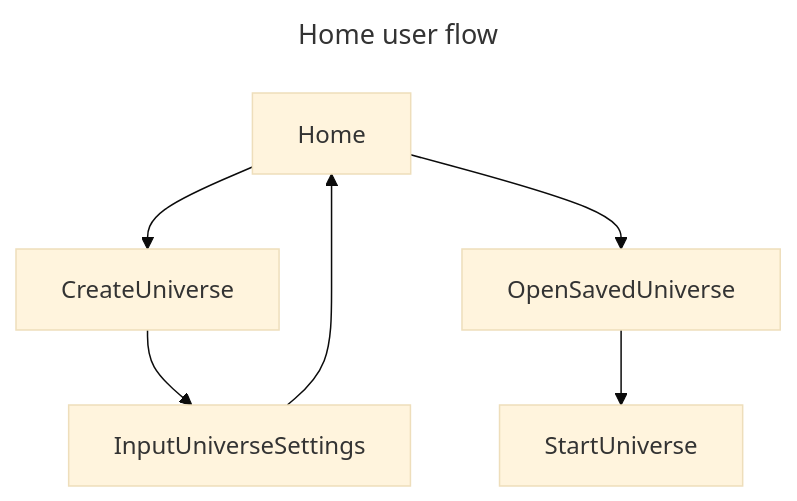
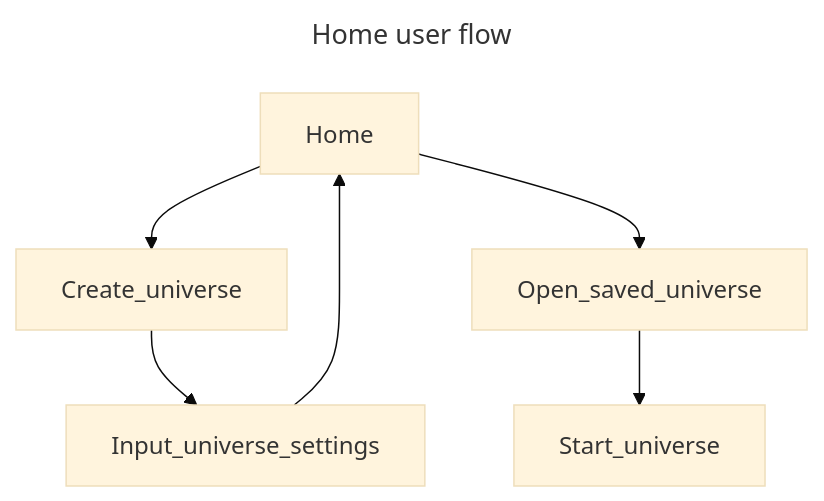
Before and after one commit to CarcajadaArtificial/myrmex: the first of 2 diagrams in docs/versions/v1.0.md, drawn with Mermaid (base theme). The commit also changed other lines of this file and 4 other files, not shown here.

````diff
--- a/docs/versions/v1.0.md
+++ b/docs/versions/v1.0.md
@@ -35,10 +35,10 @@
 ```mermaid
 ---
 title: Home user flow
 ---
 flowchart TD
-	n1["Home"] --> n2["CreateUniverse"] & n3["OpenSavedUniverse"]
-	n2 --> n4["InputUniverseSettings"]
+	n1["Home"] --> n2["Create_universe"] & n3["Open_saved_universe"]
+	n2 --> n4["Input_universe_settings"]
 	n4 --> n1
-	n3 --> n5["StartUniverse"]
+	n3 --> n5["Start_universe"]
 ```
````
